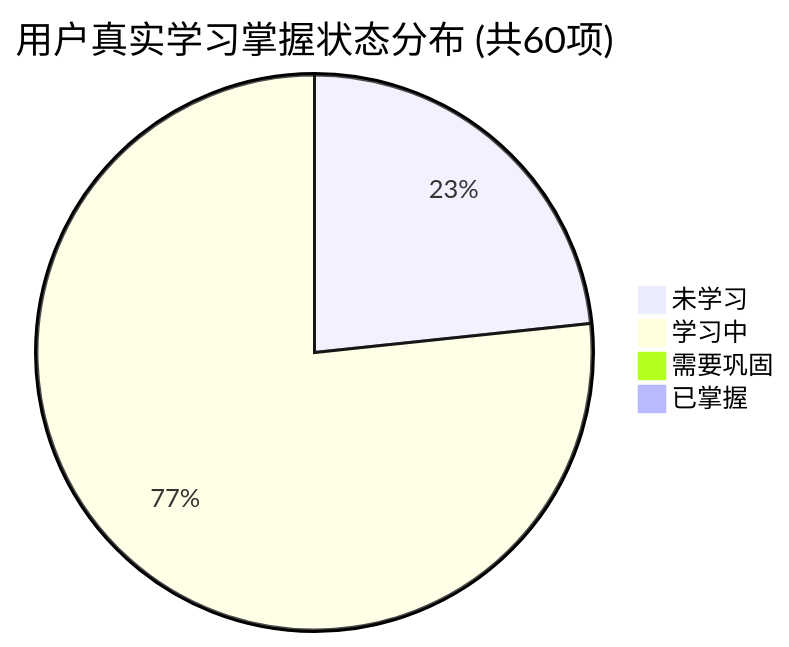
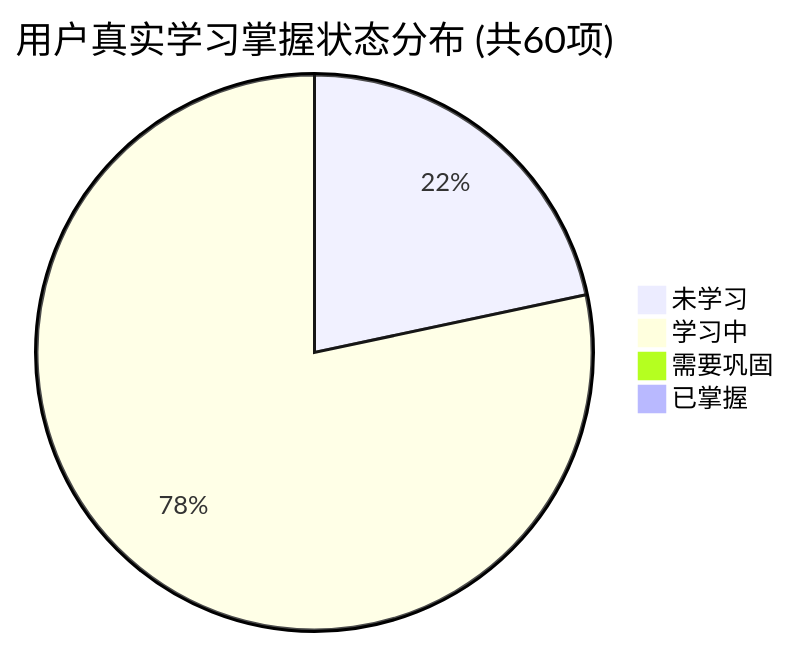
Before and after one commit to tieke1121/tech-interview-knowledge-base: the first of 2 diagrams in PROGRESS.md, drawn with Mermaid. The commit also changed other lines of this file and 1 other file, not shown here.

````diff
--- a/PROGRESS.md
+++ b/PROGRESS.md
@@ -27,7 +27,7 @@
 ```mermaid
 pie title 用户真实学习掌握状态分布 (共60项)
-    "未学习" : 14
-    "学习中" : 46
+    "未学习" : 13
+    "学习中" : 47
     "需要巩固" : 0
     "已掌握" : 0
 ```
````
